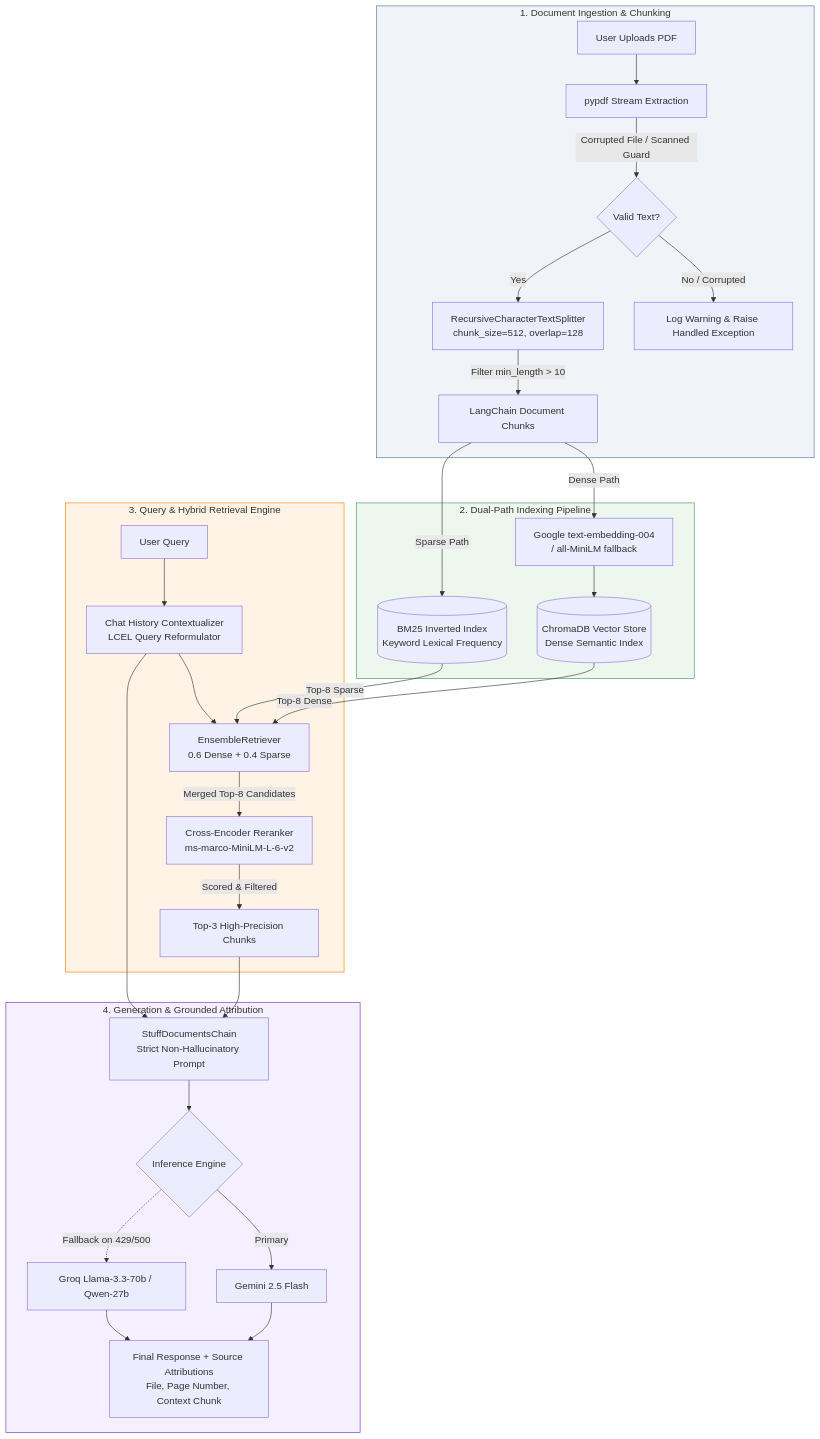
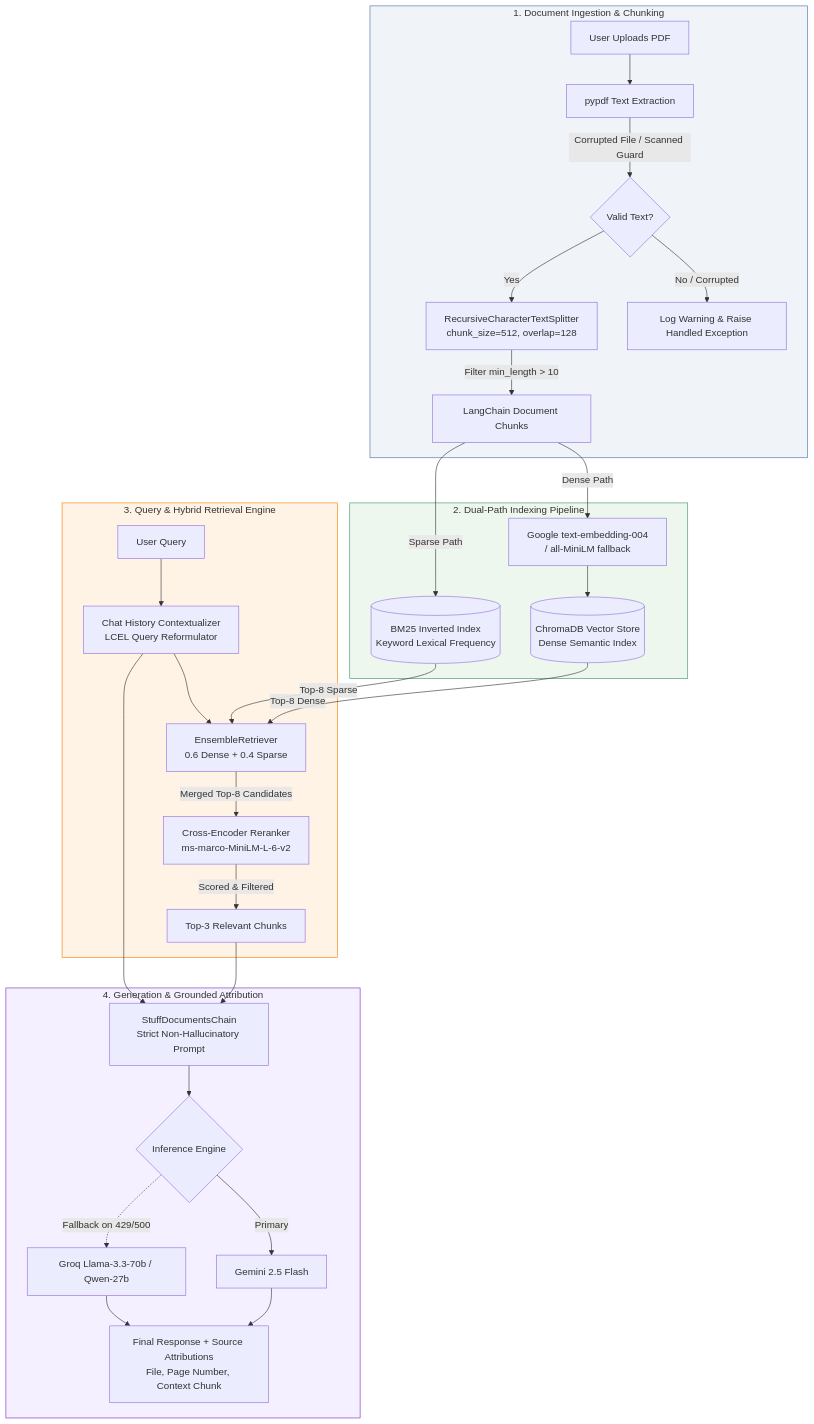
The diagram in README.md (Bhushan-git20/pdf-rag-chatbot), drawn with Mermaid before and after one commit. The commit also changed other lines of this file and 2 other files, not shown here.

````diff
--- a/README.md
+++ b/README.md
@@ -68,40 +72,40 @@
 ```mermaid
 flowchart TD
     subgraph Ingestion["1. Document Ingestion & Chunking"]
-        A[User Uploads PDF] --> B[pypdf Stream Extraction]
+        A[User Uploads PDF] --> B[pypdf Text Extraction]
         B -->|Corrupted File / Scanned Guard| C{Valid Text?}
         C -->|No / Corrupted| C1[Log Warning & Raise Handled Exception]
         C -->|Yes| D[RecursiveCharacterTextSplitter<br/>chunk_size=512, overlap=128]
         D -->|Filter min_length > 10| E[LangChain Document Chunks]
     end
 
     subgraph DualIndexing["2. Dual-Path Indexing Pipeline"]
         E -->|Dense Path| F[Google text-embedding-004<br/>/ all-MiniLM fallback]
         F --> G[(ChromaDB Vector Store<br/>Dense Semantic Index)]
         E -->|Sparse Path| H[(BM25 Inverted Index<br/>Keyword Lexical Frequency)]
     end
 
     subgraph RetrievalEngine["3. Query & Hybrid Retrieval Engine"]
         Q[User Query] --> QA[Chat History Contextualizer<br/>LCEL Query Reformulator]
         QA --> IR[EnsembleRetriever<br/>0.6 Dense + 0.4 Sparse]
         G -->|Top-8 Dense| IR
         H -->|Top-8 Sparse| IR
         IR -->|Merged Top-8 Candidates| CE[Cross-Encoder Reranker<br/>ms-marco-MiniLM-L-6-v2]
-        CE -->|Scored & Filtered| TOP3[Top-3 High-Precision Chunks]
+        CE -->|Scored & Filtered| TOP3[Top-3 Relevant Chunks]
     end
 
     subgraph GenerationAttribution["4. Generation & Grounded Attribution"]
         TOP3 --> COMB[StuffDocumentsChain<br/>Strict Non-Hallucinatory Prompt]
         QA --> COMB
         COMB --> LLM{Inference Engine}
         LLM -->|Primary| GEM[Gemini 2.5 Flash]
         LLM -.->|Fallback on 429/500| GROQ[Groq Llama-3.3-70b / Qwen-27b]
         GEM --> OUT[Final Response + Source Attributions<br/>File, Page Number, Context Chunk]
         GROQ --> OUT
     end
 
     style Ingestion fill:#f0f4f8,stroke:#4a6fa5,stroke-width:1px
     style DualIndexing fill:#eef7ee,stroke:#40916c,stroke-width:1px
     style RetrievalEngine fill:#fff3e6,stroke:#f77f00,stroke-width:1px
     style GenerationAttribution fill:#f5f0ff,stroke:#7b2cbf,stroke-width:1px
 ```
````
